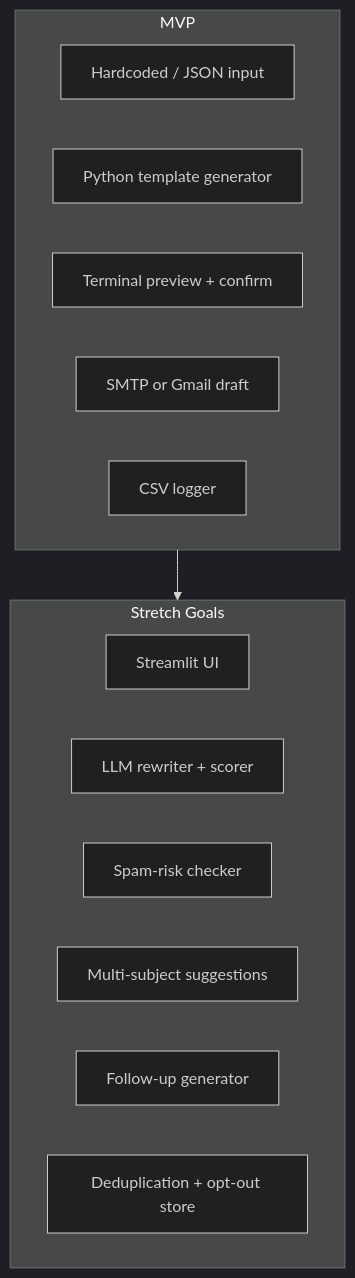
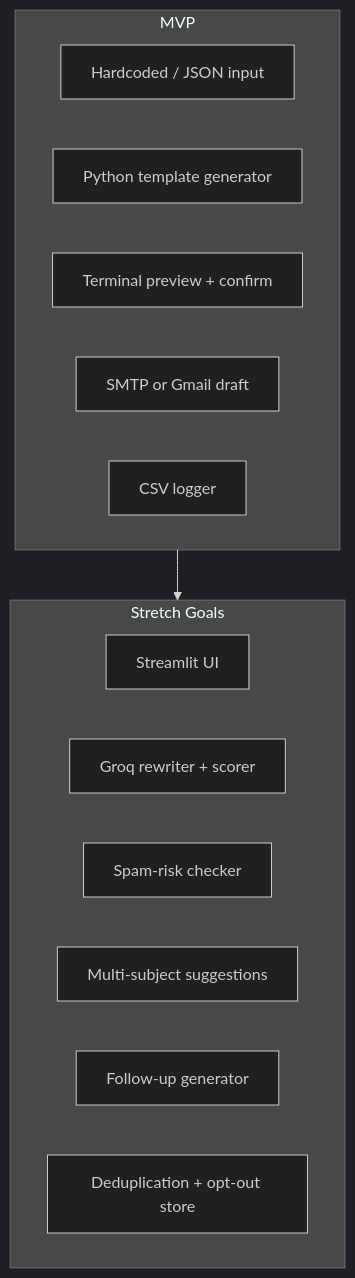
One commit to saksham20189575/cold-email-sender changed the fourth of 4 diagrams in docs/architecture.md. Above: the diagram before and after it, drawn with Mermaid (dark theme). The commit also changed other lines of this file and 40 other files, not shown here.

````diff
--- a/docs/architecture.md
+++ b/docs/architecture.md
@@ -529,21 +539,21 @@
 ```mermaid
 flowchart TB
     subgraph MVP["MVP"]
         A1[Hardcoded / JSON input]
         A2[Python template generator]
         A3[Terminal preview + confirm]
         A4[SMTP or Gmail draft]
         A5[CSV logger]
     end
 
     subgraph Stretch["Stretch Goals"]
         B1[Streamlit UI]
-        B2[LLM rewriter + scorer]
+        B2[Groq rewriter + scorer]
         B3[Spam-risk checker]
         B4[Multi-subject suggestions]
         B5[Follow-up generator]
         B6[Deduplication + opt-out store]
     end
 
     MVP --> Stretch
 ```
````
